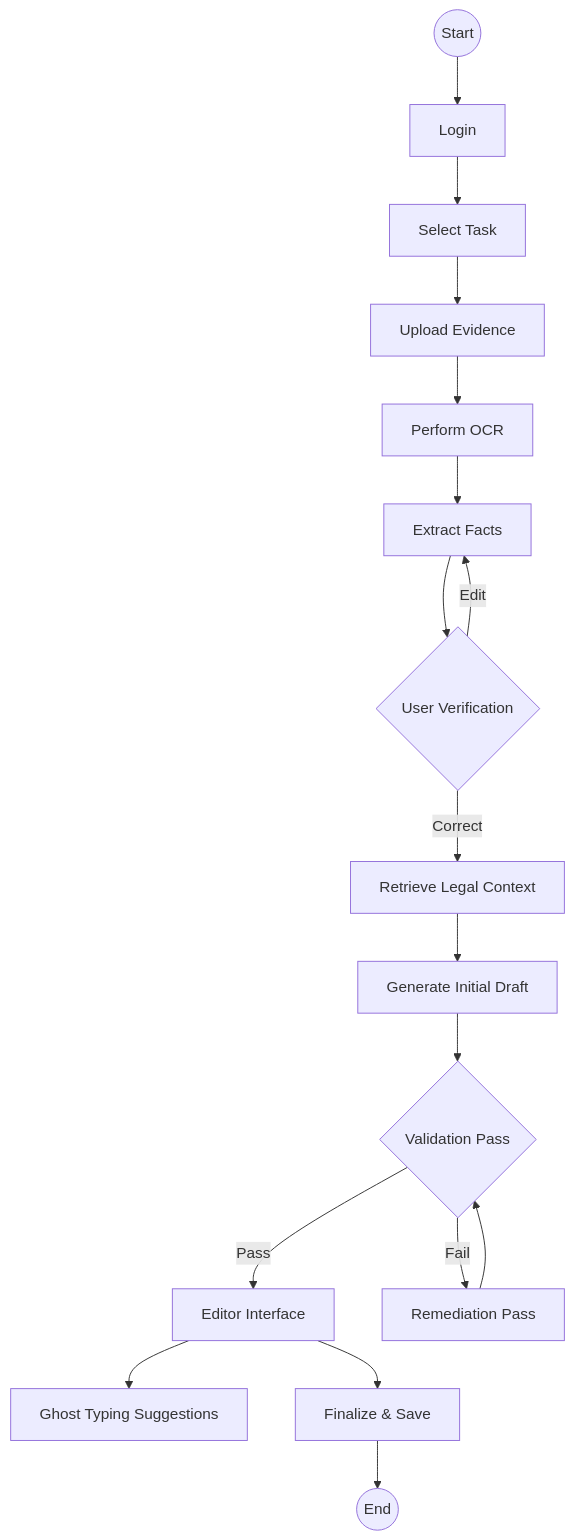
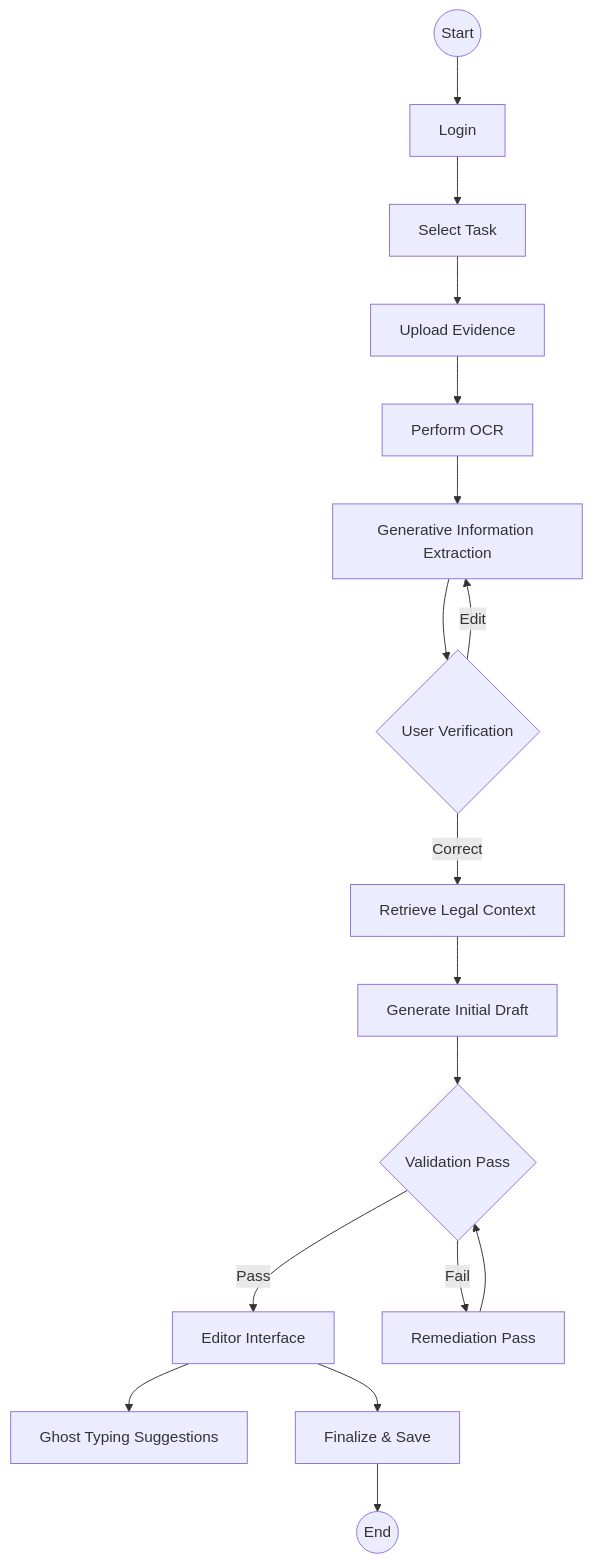
One commit to delisha02/droitdraft changed the second of 7 diagrams in docs/major_project_documentation_sem_viii.md. Above: the diagram before and after it, drawn with Mermaid. The commit also changed other lines of this file, not shown here.

````diff
--- a/docs/major_project_documentation_sem_viii.md
+++ b/docs/major_project_documentation_sem_viii.md
@@ -179,19 +185,22 @@
 ```mermaid
 graph TD
     Start((Start)) --> Login[Login]
     Login --> Dashboard[Select Task]
     Dashboard --> Upload[Upload Evidence]
     Upload --> OCR[Perform OCR]
-    OCR --> NER[Extract Facts]
-    NER --> Verify{User Verification}
+    OCR --> GIE[Generative Information Extraction]
+
+
+    GIE --> Verify{User Verification}
     Verify -- Correct --> RAG[Retrieve Legal Context]
-    Verify -- Edit --> NER
+    Verify -- Edit --> GIE
+
     RAG --> Draft[Generate Initial Draft]
     Draft --> Val{Validation Pass}
     Val -- Pass --> Edit[Editor Interface]
     Val -- Fail --> Rem[Remediation Pass]
     Rem --> Val
     Edit --> Ghost[Ghost Typing Suggestions]
     Edit --> Save[Finalize & Save]
     Save --> End((End))
 ```
````
